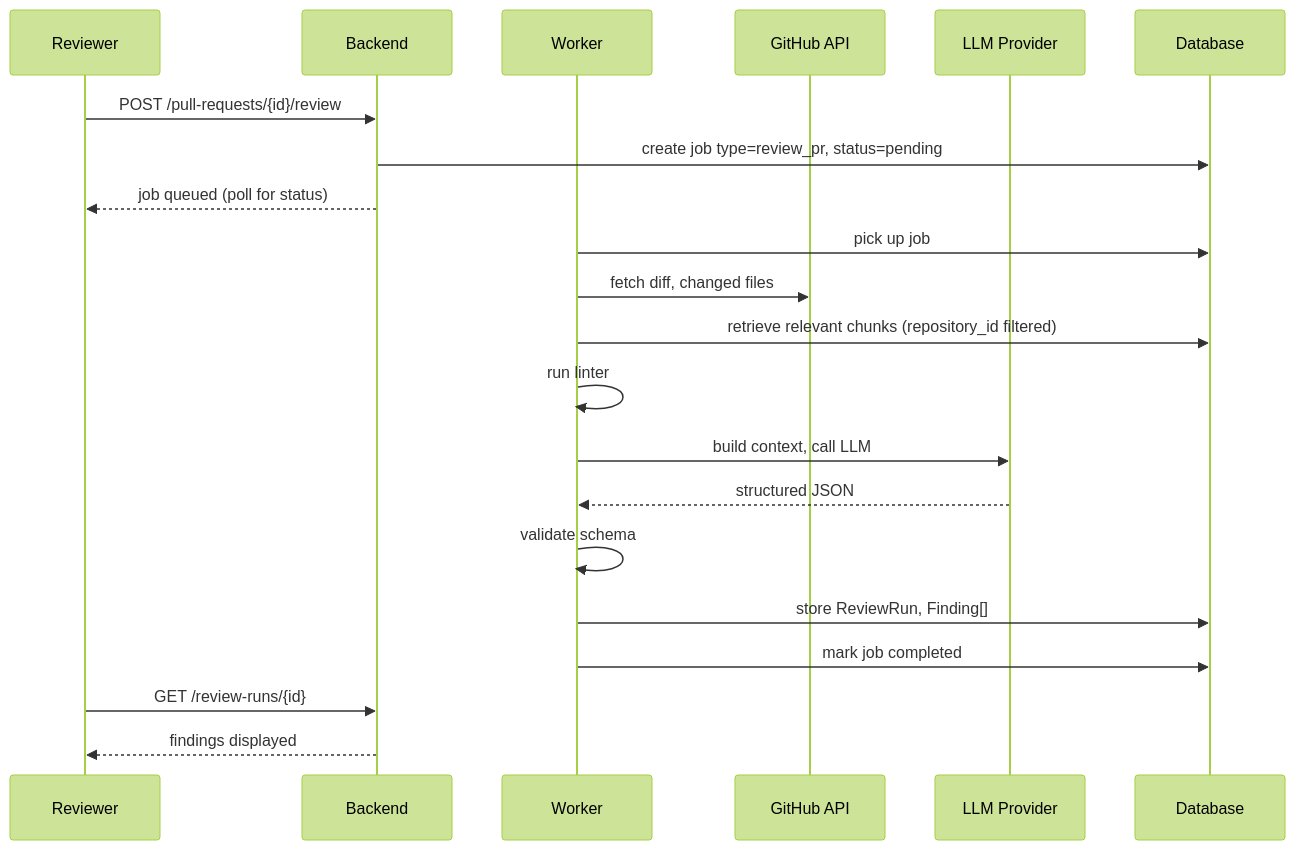
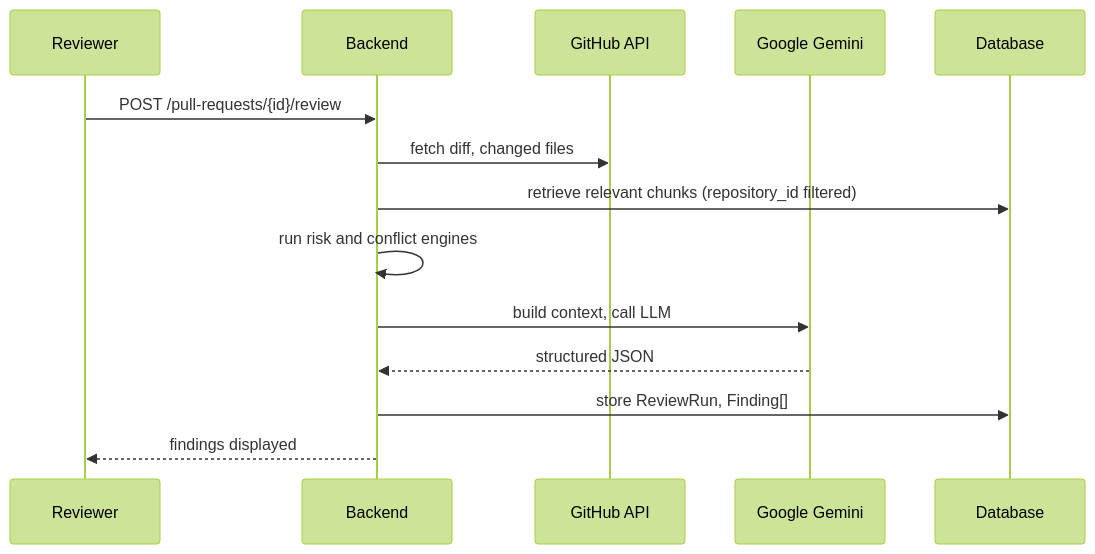
Before and after one commit to harshita20045/Repo-Mind-: the fifth of 5 diagrams in Docs/02-architecture/system-architecture.md, drawn with Mermaid (forest theme). The commit also changed other lines of this file and 8 other files, not shown here.

````diff
--- a/Docs/02-architecture/system-architecture.md
+++ b/Docs/02-architecture/system-architecture.md
@@ -141,23 +104,16 @@
 ```mermaid
 sequenceDiagram
     participant U as Reviewer
     participant API as Backend
-    participant W as Worker
     participant GH as GitHub API
-    participant LLM as LLM Provider
+    participant Gemini as Google Gemini
     participant DB as Database
     U->>API: POST /pull-requests/{id}/review
-    API->>DB: create job type=review_pr, status=pending
-    API-->>U: job queued (poll for status)
-    W->>DB: pick up job
-    W->>GH: fetch diff, changed files
-    W->>DB: retrieve relevant chunks (repository_id filtered)
-    W->>W: run linter
-    W->>LLM: build context, call LLM
-    LLM-->>W: structured JSON
-    W->>W: validate schema
-    W->>DB: store ReviewRun, Finding[]
-    W->>DB: mark job completed
-    U->>API: GET /review-runs/{id}
+    API->>GH: fetch diff, changed files
+    API->>DB: retrieve relevant chunks (repository_id filtered)
+    API->>API: run risk and conflict engines
+    API->>Gemini: build context, call LLM
+    Gemini-->>API: structured JSON
+    API->>DB: store ReviewRun, Finding[]
     API-->>U: findings displayed
 ```
````
